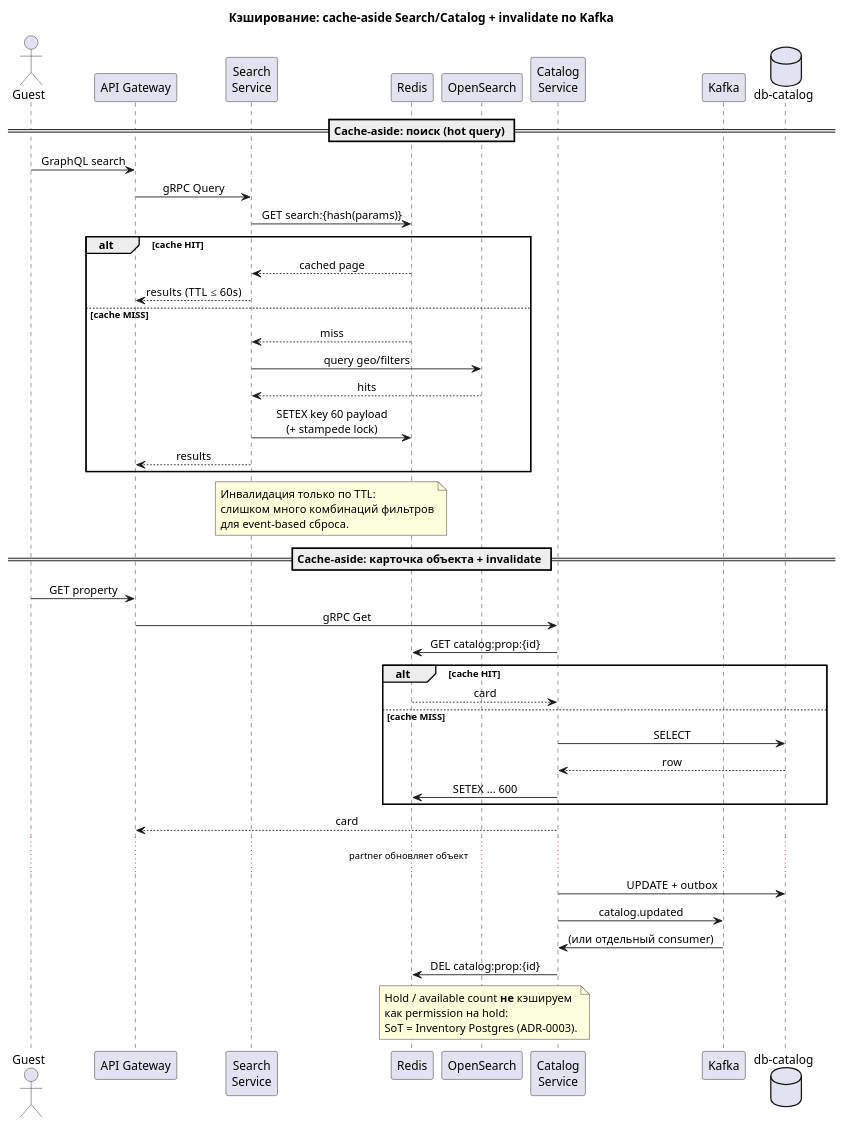
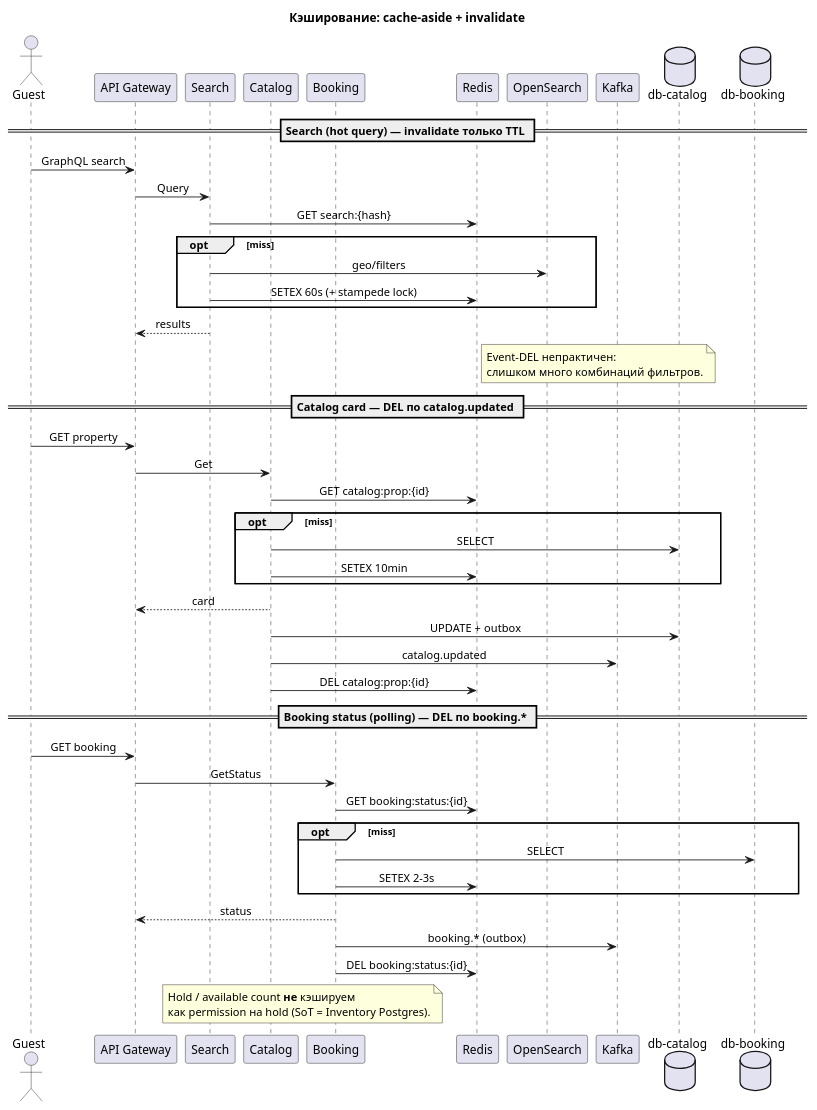
One commit to grahovsky/otus-systemdesign-homework changed the diagram in hw_03/solution/diagrams/caching-flow.puml. Above: the diagram before and after it, drawn with PlantUML. The commit also changed 1 other file, not shown here.

Commit message:
caching diagram, add invalidate

```diff
--- a/hw_03/solution/diagrams/caching-flow.puml
+++ b/hw_03/solution/diagrams/caching-flow.puml
@@ -1,66 +1,67 @@
 @startuml caching-flow
-title Кэширование: cache-aside Search/Catalog + invalidate по Kafka
+title Кэширование: cache-aside + invalidate
 
 skinparam sequenceMessageAlign center
 
 actor Guest
 participant "API Gateway" as GW
-participant "Search\nService" as Search
+participant "Search" as Search
+participant "Catalog" as Catalog
+participant "Booking" as Booking
 participant "Redis" as Redis
 participant "OpenSearch" as OS
-participant "Catalog\nService" as Catalog
 participant "Kafka" as Kafka
 database "db-catalog" as DB
+database "db-booking" as DBB
 
-== Cache-aside: поиск (hot query) ==
+== Search (hot query) — invalidate только TTL ==
 
 Guest -> GW : GraphQL search
-GW -> Search : gRPC Query
-Search -> Redis : GET search:{hash(params)}
+GW -> Search : Query
+Search -> Redis : GET search:{hash}
+opt miss
+  Search -> OS : geo/filters
+  Search -> Redis : SETEX 60s (+ stampede lock)
+end
+Search --> GW : results
 
-alt cache HIT
-  Redis --> Search : cached page
-  Search --> GW : results (TTL ≤ 60s)
-else cache MISS
-  Redis --> Search : miss
-  Search -> OS : query geo/filters
-  OS --> Search : hits
-  Search -> Redis : SETEX key 60 payload\n(+ stampede lock)
-  Search --> GW : results
-end
-
-note over Search, Redis
-  Инвалидация только по TTL:
-  слишком много комбинаций фильтров
-  для event-based сброса.
+note right of Redis
+  Event-DEL непрактичен:
+  слишком много комбинаций фильтров.
 end note
 
-== Cache-aside: карточка объекта + invalidate ==
+== Catalog card — DEL по catalog.updated ==
 
 Guest -> GW : GET property
-GW -> Catalog : gRPC Get
+GW -> Catalog : Get
 Catalog -> Redis : GET catalog:prop:{id}
-
-alt cache HIT
-  Redis --> Catalog : card
-else cache MISS
+opt miss
   Catalog -> DB : SELECT
-  DB --> Catalog : row
-  Catalog -> Redis : SETEX ... 600
+  Catalog -> Redis : SETEX 10min
 end
 Catalog --> GW : card
 
-... partner обновляет объект ...
-
 Catalog -> DB : UPDATE + outbox
 Catalog -> Kafka : catalog.updated
-Kafka -> Catalog : (или отдельный consumer)
 Catalog -> Redis : DEL catalog:prop:{id}
 
-note over Catalog, Redis
+== Booking status (polling) — DEL по booking.* ==
+
+Guest -> GW : GET booking
+GW -> Booking : GetStatus
+Booking -> Redis : GET booking:status:{id}
+opt miss
+  Booking -> DBB : SELECT
+  Booking -> Redis : SETEX 2–3s
+end
+Booking --> GW : status
+
+Booking -> Kafka : booking.* (outbox)
+Booking -> Redis : DEL booking:status:{id}
+
+note over Catalog, Booking
   Hold / available count **не** кэшируем
-  как permission на hold:
-  SoT = Inventory Postgres (ADR-0003).
+  как permission на hold (SoT = Inventory Postgres).
 end note
 
 @enduml
```
